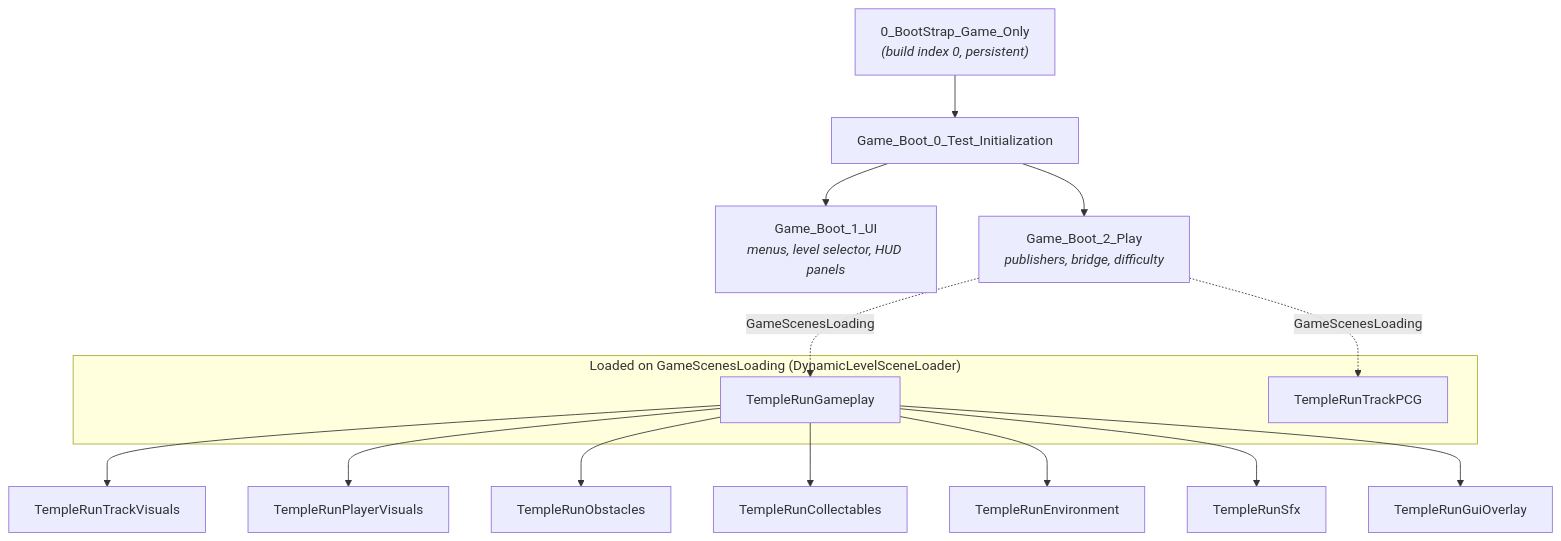
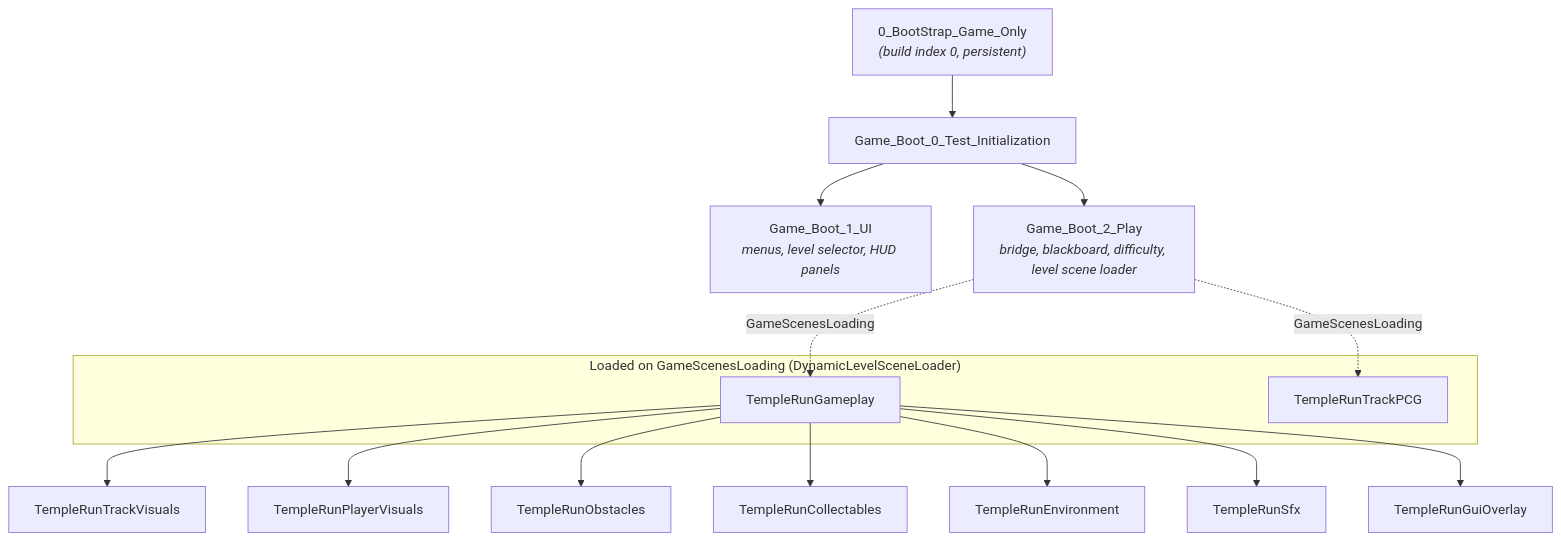
The third of 3 diagrams in docs/ARCHITECTURE.md (crawfis/EndlessRunnerTemplate), drawn with Mermaid before and after one commit. The commit also changed other lines of this file and 24 other files, not shown here.

````diff
--- a/docs/ARCHITECTURE.md
+++ b/docs/ARCHITECTURE.md
@@ -128,22 +128,22 @@
 ```mermaid
 flowchart TD
     B["0_BootStrap_Game_Only<br/><i>(build index 0, persistent)</i>"]
     B --> I["Game_Boot_0_Test_Initialization"]
     I --> UIs["Game_Boot_1_UI<br/><i>menus, level selector, HUD panels</i>"]
-    I --> P["Game_Boot_2_Play<br/><i>publishers, bridge, difficulty</i>"]
+    I --> P["Game_Boot_2_Play<br/><i>bridge, blackboard, difficulty, level scene loader</i>"]
 
     subgraph Gameplay["Loaded on GameScenesLoading (DynamicLevelSceneLoader)"]
       GP["TempleRunGameplay"]
       PCG["TempleRunTrackPCG"]
     end
     P -. "GameScenesLoading" .-> GP
     P -. "GameScenesLoading" .-> PCG
 
     GP --> V1["TempleRunTrackVisuals"]
     GP --> V2["TempleRunPlayerVisuals"]
     GP --> V3["TempleRunObstacles"]
     GP --> V4["TempleRunCollectables"]
     GP --> V5["TempleRunEnvironment"]
     GP --> V6["TempleRunSfx"]
     GP --> V7["TempleRunGuiOverlay"]
 ```
````
